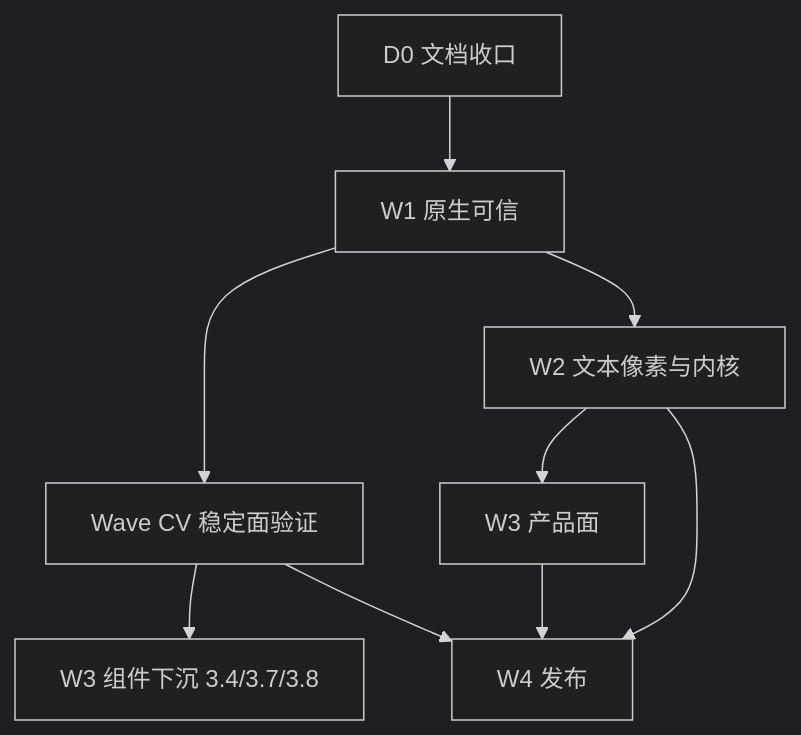
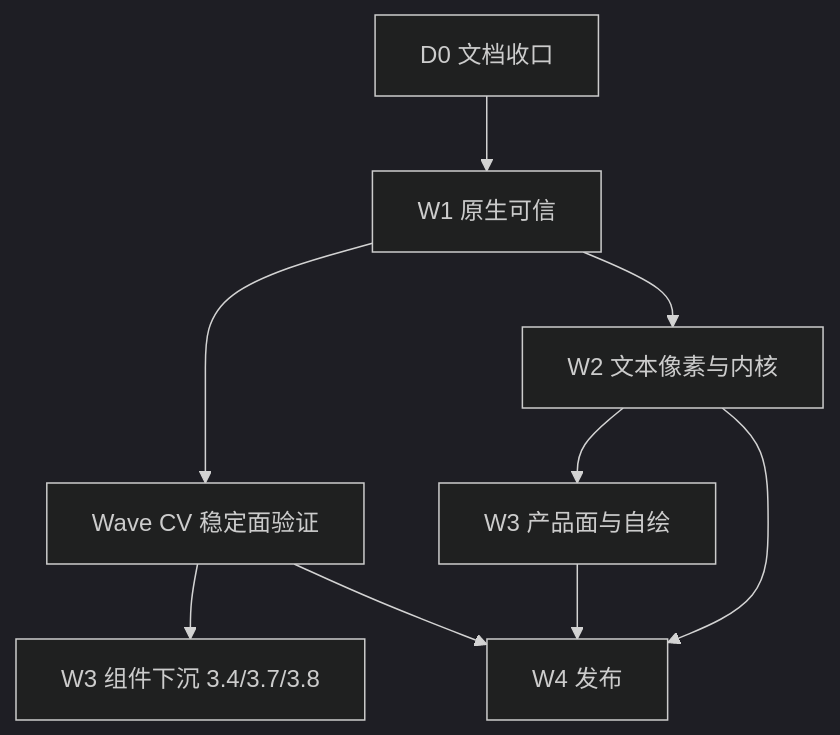
The diagram in docs/AUTHORITY.md (Zk3619/Jadix), drawn with Mermaid (dark theme) before and after one commit. The commit also changed other lines of this file and 129 other files, not shown here.

First line of the commit message:
Close WP-3.2 and enter W3: Chart path raster, RSX marks, and drawing.md.

````diff
--- a/docs/AUTHORITY.md
+++ b/docs/AUTHORITY.md
@@ -149,17 +154,17 @@
 ```mermaid
 flowchart TB
   D0[D0 文档收口]
   W1[W1 原生可信]
   CV[Wave CV 稳定面验证]
   W2[W2 文本像素与内核]
-  W3[W3 产品面]
+  W3[W3 产品面与自绘]
   W4[W4 发布]
   D0 --> W1
   W1 --> CV
   W1 --> W2
   CV --> W3c[W3 组件下沉 3.4/3.7/3.8]
   W2 --> W3
   W2 --> W4
   W3 --> W4
   CV --> W4
 ```
````
